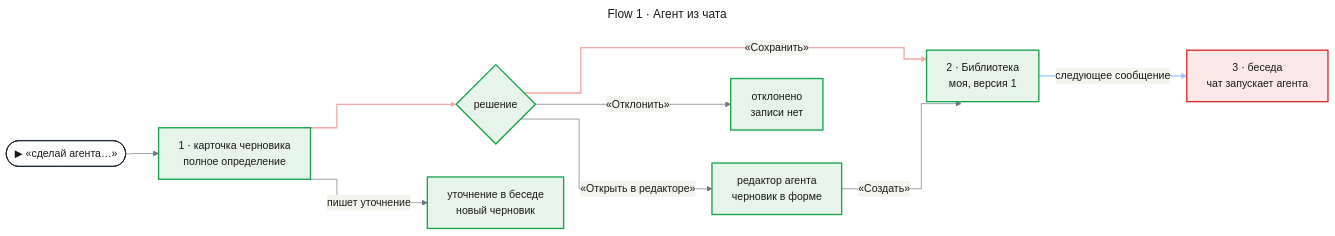
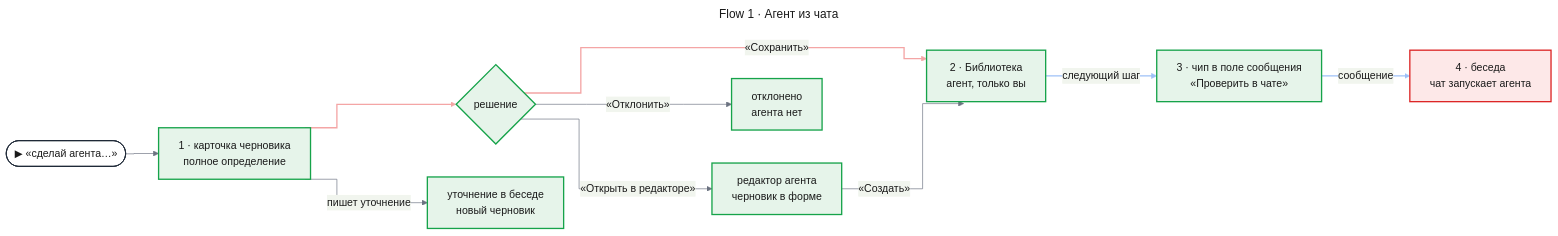
One commit to tundraray/agent-os changed the second of 5 diagrams in docs/features/custom-agents/uxrd.md. Above: the diagram before and after it, drawn with Mermaid. The commit also changed other lines of this file and 11 other files, not shown here.

````diff
--- a/docs/features/custom-agents/uxrd.md
+++ b/docs/features/custom-agents/uxrd.md
@@ -117,47 +119,51 @@
 ```mermaid
 ---
 title: "Flow 1 · Агент из чата"
 config:
   theme: base
   look: classic
   themeVariables:
     primaryColor: "#eef1f5"
     primaryBorderColor: "#4b5563"
     primaryTextColor: "#1a1a1a"
     lineColor: "#6b7280"
   flowchart:
     curve: step
   themeCSS: |
-    @keyframes lit_ca1{0%,30%{stroke:#991b1b;stroke-width:6px}33.33%,100%{stroke:#f4a5a5;stroke-width:2px}}
-    @keyframes litr_ca1{0%,30%{stroke:#1d4ed8;stroke-width:6px}33.33%,100%{stroke:#9ec1f7;stroke-width:2px}}
+    @keyframes lit_ca1{0%,22.5%{stroke:#991b1b;stroke-width:6px}25%,100%{stroke:#f4a5a5;stroke-width:2px}}
+    @keyframes litr_ca1{0%,22.5%{stroke:#1d4ed8;stroke-width:6px}25%,100%{stroke:#9ec1f7;stroke-width:2px}}
 ---
 flowchart LR
     entry(["▶ «сделай агента…»"])
     card["1 · карточка черновика<br/>полное определение"]
     choice{"решение"}
-    lib["2 · Библиотека<br/>моя, версия 1"]
-    chat["3 · беседа<br/>чат запускает агента"]
+    lib["2 · Библиотека<br/>агент, только вы"]
+    chip["3 · чип в поле сообщения<br/>«Проверить в чате»"]
+    chat["4 · беседа<br/>чат запускает агента"]
     more["уточнение в беседе<br/>новый черновик"]
     editor["редактор агента<br/>черновик в форме"]
-    declined["отклонено<br/>записи нет"]
+    declined["отклонено<br/>агента нет"]
     entry --> card
     card e1@--> choice
     choice e2@-->|"«Сохранить»"| lib
-    lib e3@-->|"следующее сообщение"| chat
+    lib e3@-->|"следующий шаг"| chip
+    chip e4@-->|"сообщение"| chat
     card -->|"пишет уточнение"| more
     choice -->|"«Открыть в редакторе»"| editor
     editor -->|"«Создать»"| lib
     choice -->|"«Отклонить»"| declined
     classDef entry fill:#ffffff,stroke:#1f2937,stroke-width:1.5px,color:#1a1a1a
     classDef changed fill:#fde8e8,stroke:#dc2626,stroke-width:2px,color:#1a1a1a
     classDef new fill:#e6f4ea,stroke:#16a34a,stroke-width:2px,color:#1a1a1a
-    classDef w1 stroke:#f4a5a5,stroke-width:2px,animation:lit_ca1 3.6s linear 0s infinite
-    classDef w2 stroke:#f4a5a5,stroke-width:2px,animation:lit_ca1 3.6s linear 1.2s infinite
-    classDef r1 stroke:#9ec1f7,stroke-width:2px,animation:litr_ca1 3.6s linear 2.4s infinite
+    classDef w1 stroke:#f4a5a5,stroke-width:2px,animation:lit_ca1 4.8s linear 0s infinite
+    classDef w2 stroke:#f4a5a5,stroke-width:2px,animation:lit_ca1 4.8s linear 1.2s infinite
+    classDef r1 stroke:#9ec1f7,stroke-width:2px,animation:litr_ca1 4.8s linear 2.4s infinite
+    classDef r2 stroke:#9ec1f7,stroke-width:2px,animation:litr_ca1 4.8s linear 3.6s infinite
     class entry entry
     class chat changed
-    class card,choice,lib,more,editor,declined new
+    class card,choice,lib,chip,more,editor,declined new
     class e1 w1
     class e2 w2
     class e3 r1
+    class e4 r2
 ```
````
